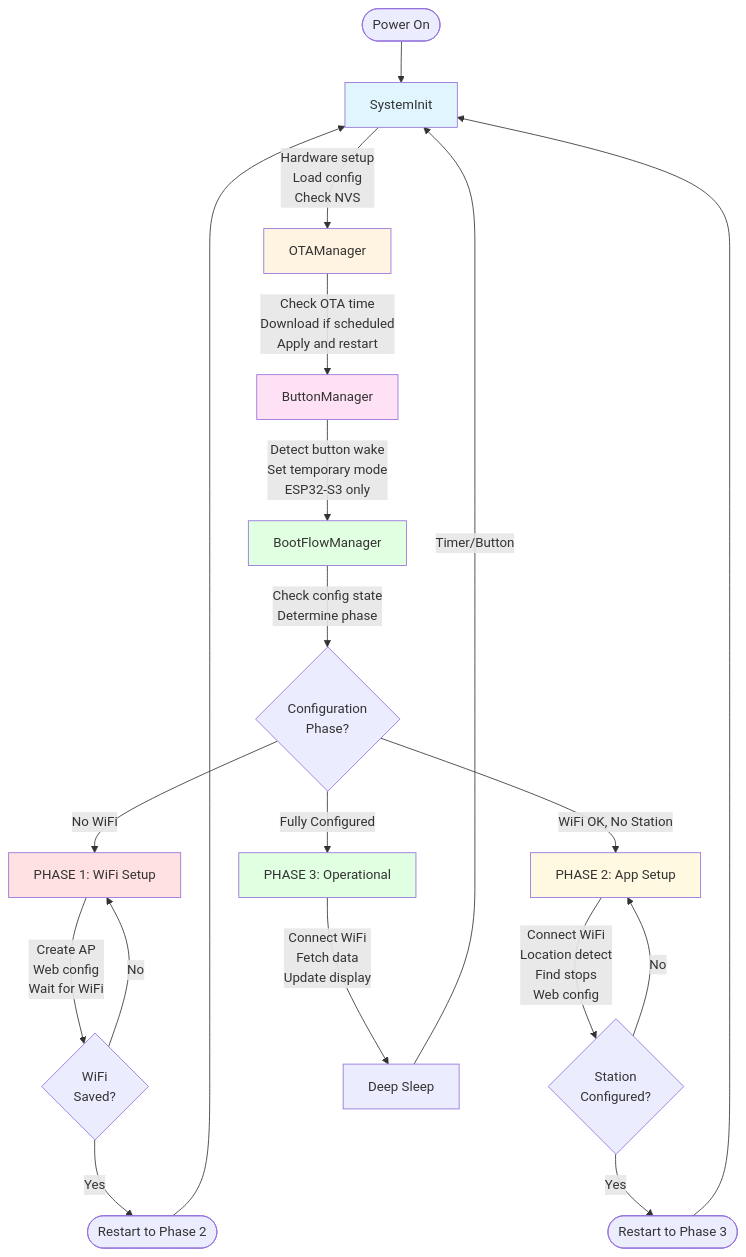
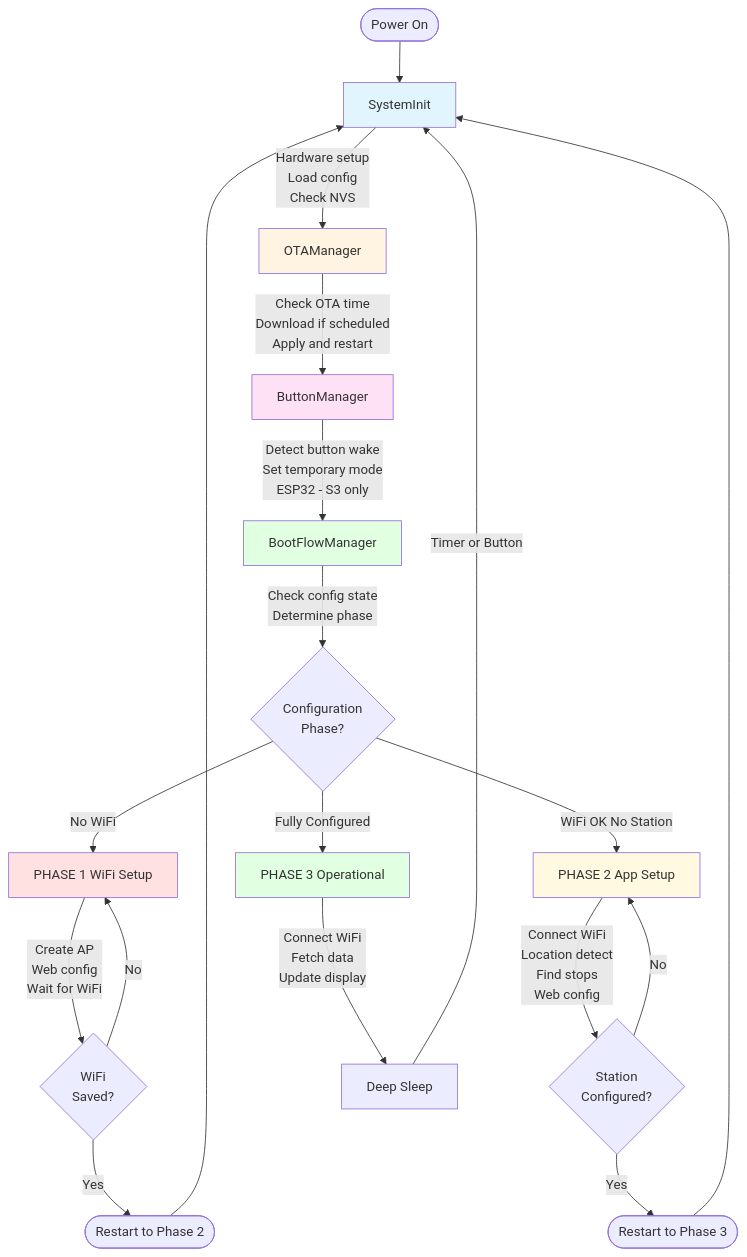
The first of 2 diagrams in docs/developer-guide/boot-process.md (gogo-boot/e-board), drawn with Mermaid before and after one commit. The commit also changed other lines of this file and 7 other files, not shown here.

````diff
--- a/docs/developer-guide/boot-process.md
+++ b/docs/developer-guide/boot-process.md
@@ -12,38 +12,28 @@
 ```mermaid
 flowchart TD
     Start([Power On]) --> SystemInit[SystemInit]
-
-    SystemInit --> |Hardware setup<br/>Load config<br/>Check NVS| OTAManager
-
-    OTAManager[OTAManager] --> |Check OTA time<br/>Download if scheduled<br/>Apply and restart| ButtonManager
-
-    ButtonManager[ButtonManager] --> |Detect button wake<br/>Set temporary mode<br/>ESP32-S3 only| BootFlowManager
-
-    BootFlowManager[BootFlowManager] --> |Check config state<br/>Determine phase| PhaseCheck{Configuration<br/>Phase?}
-
-    PhaseCheck -->|No WiFi| Phase1[PHASE 1: WiFi Setup]
-    PhaseCheck -->|WiFi OK, No Station| Phase2[PHASE 2: App Setup]
-    PhaseCheck -->|Fully Configured| Phase3[PHASE 3: Operational]
-
-    Phase1 --> |Create AP<br/>Web config<br/>Wait for WiFi| WiFiSaved{WiFi<br/>Saved?}
+    SystemInit -->|Hardware setup<br/>Load config<br/>Check NVS| OTAManager
+    OTAManager[OTAManager] -->|Check OTA time<br/>Download if scheduled<br/>Apply and restart| ButtonManager
+    ButtonManager[ButtonManager] -->|Detect button wake<br/>Set temporary mode<br/>ESP32 - S3 only| BootFlowManager
+    BootFlowManager[BootFlowManager] -->|Check config state<br/>Determine phase| PhaseCheck{Configuration<br/>Phase?}
+    PhaseCheck -->|No WiFi| Phase1[PHASE 1 WiFi Setup]
+    PhaseCheck -->|WiFi OK No Station| Phase2[PHASE 2 App Setup]
+    PhaseCheck -->|Fully Configured| Phase3[PHASE 3 Operational]
+    Phase1 -->|Create AP<br/>Web config<br/>Wait for WiFi| WiFiSaved{WiFi<br/>Saved?}
     WiFiSaved -->|Yes| Restart1([Restart to Phase 2])
     WiFiSaved -->|No| Phase1
-
-    Phase2 --> |Connect WiFi<br/>Location detect<br/>Find stops<br/>Web config| StationSaved{Station<br/>Configured?}
+    Phase2 -->|Connect WiFi<br/>Location detect<br/>Find stops<br/>Web config| StationSaved{Station<br/>Configured?}
     StationSaved -->|Yes| Restart2([Restart to Phase 3])
     StationSaved -->|No| Phase2
-
-    Phase3 --> |Connect WiFi<br/>Fetch data<br/>Update display| Sleep[Deep Sleep]
-    Sleep --> |Timer/Button| SystemInit
-
+    Phase3 -->|Connect WiFi<br/>Fetch data<br/>Update display| Sleep[Deep Sleep]
+    Sleep -->|Timer or Button| SystemInit
     Restart1 --> SystemInit
     Restart2 --> SystemInit
-
-    style SystemInit fill:#e1f5ff
-    style OTAManager fill:#fff4e1
-    style ButtonManager fill:#ffe1f5
-    style BootFlowManager fill:#e1ffe1
-    style Phase1 fill:#ffe1e1
-    style Phase2 fill:#fff9e1
-    style Phase3 fill:#e1ffe1
+    style SystemInit fill: #e1f5ff
+    style OTAManager fill: #fff4e1
+    style ButtonManager fill: #ffe1f5
+    style BootFlowManager fill: #e1ffe1
+    style Phase1 fill: #ffe1e1
+    style Phase2 fill: #fff9e1
+    style Phase3 fill: #e1ffe1
 ```
````
